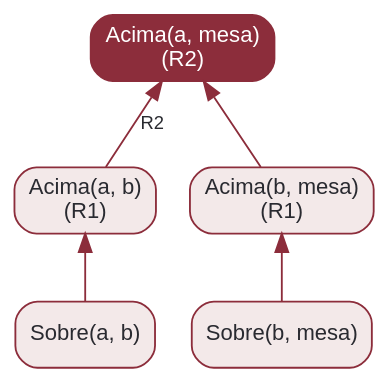
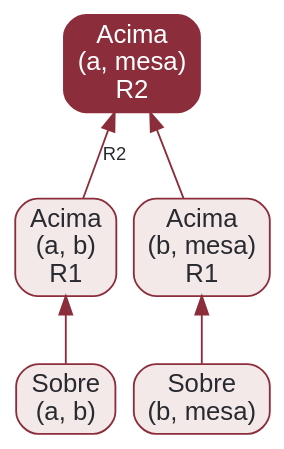
One commit to rodrgds/resumos changed the diagram in src/content/ia/prova-acima.dot. Above: the diagram before and after it, drawn with Graphviz. The commit also changed 29 other files, not shown here.

```diff
--- a/src/content/ia/prova-acima.dot
+++ b/src/content/ia/prova-acima.dot
@@ -1,14 +1,14 @@
 digraph Prova {
-  graph [bgcolor="transparent", rankdir=BT, pad=0.2];
-  node [shape=box, style="rounded,filled", fillcolor="#f3e9e9", color="#8c2d3b", fontcolor="#292a30", fontname="Arial", fontsize=12];
+  graph [bgcolor="transparent", rankdir=BT, pad=0.12, nodesep=0.12];
+  node [shape=box, style="rounded,filled", fillcolor="#f3e9e9", color="#8c2d3b", fontcolor="#292a30", fontname="Arial", fontsize=14];
   edge [color="#8c2d3b", fontcolor="#292a30", fontname="Arial", fontsize=10];
-  sobre_ab [label="Sobre(a, b)"];
-  sobre_bm [label="Sobre(b, mesa)"];
-  acima_ab [label="Acima(a, b)\n(R1)"];
-  acima_bm [label="Acima(b, mesa)\n(R1)"];
-  acima_am [label="Acima(a, mesa)\n(R2)", fillcolor="#8c2d3b", fontcolor="#ffffff"];
+  sobre_ab [label="Sobre\n(a, b)"];
+  sobre_bm [label="Sobre\n(b, mesa)"];
+  acima_ab [label="Acima\n(a, b)\nR1"];
+  acima_bm [label="Acima\n(b, mesa)\nR1"];
+  acima_am [label="Acima\n(a, mesa)\nR2", fillcolor="#8c2d3b", fontcolor="#ffffff"];
   sobre_ab -> acima_ab;
   sobre_bm -> acima_bm;
   acima_ab -> acima_am [label="R2"];
   acima_bm -> acima_am;
 }
```
